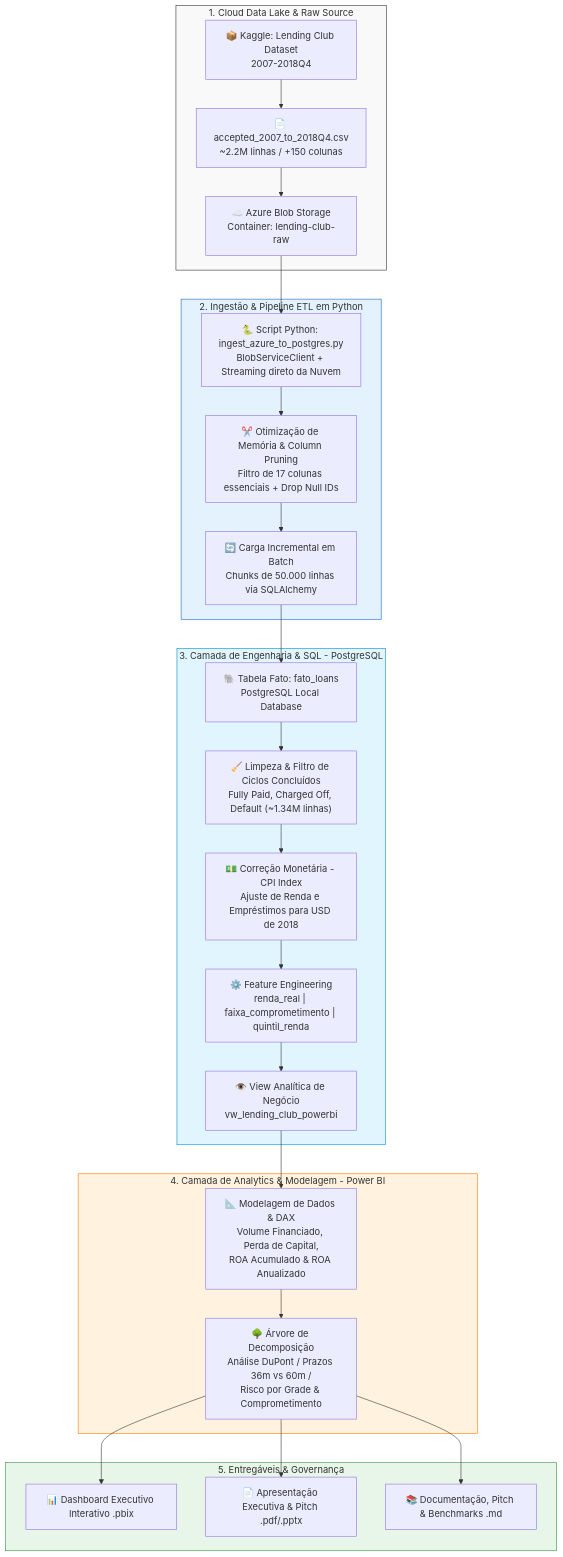
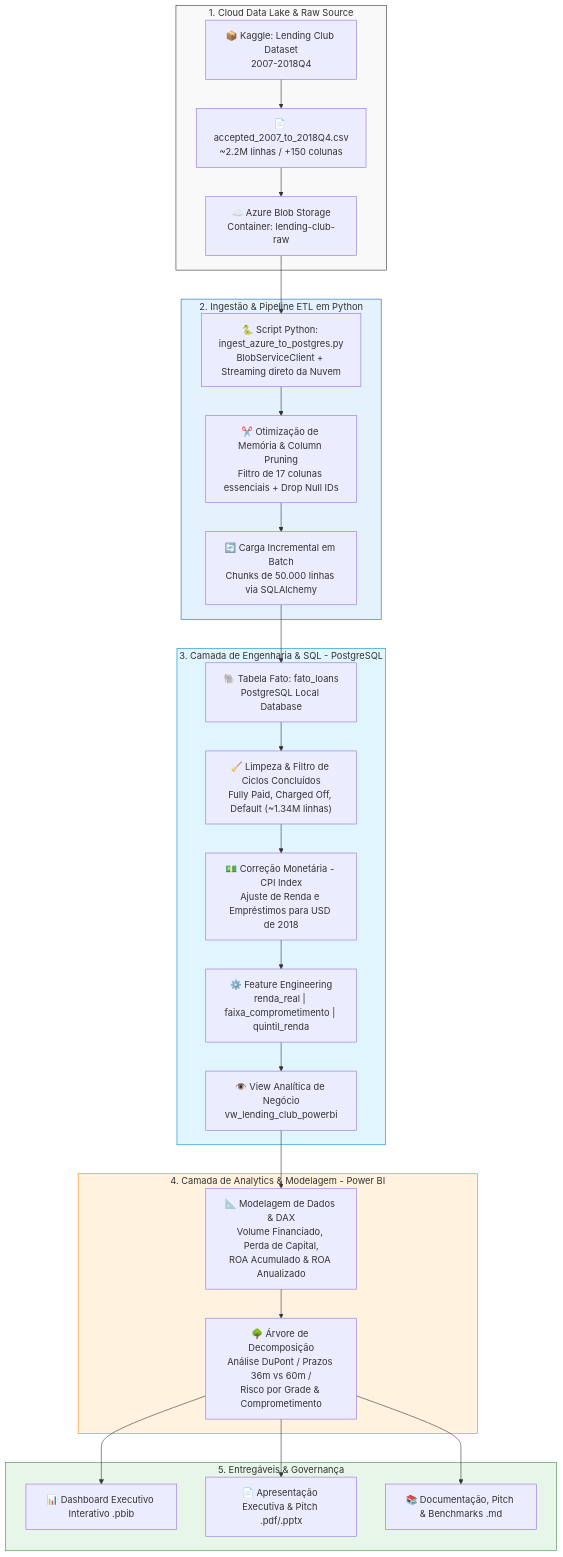
The diagram in docs/architecture/architecture.mmd (thiagad656/lending-club-analytics), drawn with Mermaid before and after one commit. The commit also changed 13 other files, not shown here.

```diff
--- a/docs/architecture/architecture.mmd
+++ b/docs/architecture/architecture.mmd
@@ -1,37 +1,37 @@
 flowchart TD
     subgraph S1 ["1. Cloud Data Lake & Raw Source"]
         A["📦 Kaggle: Lending Club Dataset<br/>2007-2018Q4"] --> B["📄 accepted_2007_to_2018Q4.csv<br/>~2.2M linhas / +150 colunas"]
         B --> C["☁️ Azure Blob Storage<br/>Container: lending-club-raw"]
     end
 
     subgraph S2 ["2. Ingestão & Pipeline ETL em Python"]
         C --> D["🐍 Script Python: ingest_azure_to_postgres.py<br/>BlobServiceClient + Streaming direto da Nuvem"]
         D --> E["✂️ Otimização de Memória & Column Pruning<br/>Filtro de 17 colunas essenciais + Drop Null IDs"]
         E --> F["🔄 Carga Incremental em Batch<br/>Chunks de 50.000 linhas via SQLAlchemy"]
     end
 
     subgraph S3 ["3. Camada de Engenharia & SQL - PostgreSQL"]
         F --> G["🐘 Tabela Fato: fato_loans<br/>PostgreSQL Local Database"]
         G --> H["🧹 Limpeza & Filtro de Ciclos Concluídos<br/>Fully Paid, Charged Off, Default (~1.34M linhas)"]
         H --> I["💵 Correção Monetária - CPI Index<br/>Ajuste de Renda e Empréstimos para USD de 2018"]
         I --> J["⚙️ Feature Engineering<br/>renda_real | faixa_comprometimento | quintil_renda"]
         J --> K["👁️ View Analítica de Negócio<br/>vw_lending_club_powerbi"]
     end
 
     subgraph S4 ["4. Camada de Analytics & Modelagem - Power BI"]
         K --> L["📐 Modelagem de Dados & DAX<br/>Volume Financiado, Perda de Capital,<br/>ROA Acumulado & ROA Anualizado"]
         L --> M["🌳 Árvore de Decomposição<br/>Análise DuPont / Prazos 36m vs 60m /<br/>Risco por Grade & Comprometimento"]
     end
 
     subgraph S5 ["5. Entregáveis & Governança"]
-        M --> N["📊 Dashboard Executivo Interativo .pbix"]
+        M --> N["📊 Dashboard Executivo Interativo .pbib"]
         M --> O["📄 Apresentação Executiva & Pitch .pdf/.pptx"]
         M --> P["📚 Documentação, Pitch & Benchmarks .md"]
     end
 
     %% Estilização do Diagrama
     style S1 fill:#f9f9f9,stroke:#333,stroke-width:1px
     style S2 fill:#e3f2fd,stroke:#1565c0,stroke-width:1px
     style S3 fill:#e1f5fe,stroke:#0288d1,stroke-width:1px
     style S4 fill:#fff3e0,stroke:#f57c00,stroke-width:1px
     style S5 fill:#e8f5e9,stroke:#388e3c,stroke-width:1px
```
